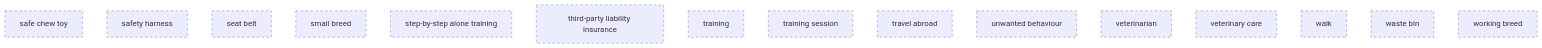
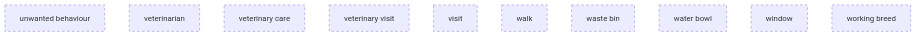
Diagram 11 of 44 in data/ontology-pets-and-house-rules/03_release/00_raw/level-3.md (belaboros/DomainAiAssistant), drawn with Mermaid before and after one commit. The commit also changed other lines of this file and 291 other files, not shown here.

````diff
--- a/data/ontology-pets-and-house-rules/03_release/00_raw/level-3.md
+++ b/data/ontology-pets-and-house-rules/03_release/00_raw/level-3.md
@@ -150,20 +234,15 @@
 ```mermaid
 flowchart TB
     classDef draft stroke-dasharray: 5 5
-    cn_01M82AK1Z9HNB4ZNT1JN5CCR6R["safe chew toy"]
-    cn_01M82AKNKGVB3WQ6AJ3QXNT526["safety harness"]
-    cn_01M82AKNKGVB3WQ6AJ3QXNT527["seat belt"]
-    cn_01M82AH1GXVV72WP99JQXMH6XP["small breed"]
-    cn_01M82AK1Z9HNB4ZNT1JN5CCR6T["step-by-step alone training"]
-    cn_01M82AM9P6EWS5D1VJCAH8Z7VA["third-party liability insurance"]
-    cn_01M82AC66KMJH32E2MQ3Z7ZBKQ["training"]
-    cn_01M82AJ8HWH90DHFSC2JB20DFX["training session"]
-    cn_01M82AKNKGVB3WQ6AJ3QXNT52B["travel abroad"]
     cn_01M82AHPS6SQKW9E9EPJYC3KMS["unwanted behaviour"]
     cn_01M82AE56ZYS5Y2Z0C35ECC9YB["veterinarian"]
     cn_01M82AC66KMJH32E2MQ3Z7ZBKR["veterinary care"]
+    cn_01M82AQDR2NPZDR8C737517K8A["veterinary visit"]
+    cn_01M82AX2AYWV44F1MEHFVJNNFZ["visit"]
     cn_01M82AFTZDSHCD0SK6T4N2YZWA["walk"]
     cn_01M82AH1GXVV72WP99JQXMH6XT["waste bin"]
+    cn_01M82ARW4GRHWZH2QAVQ4Z6C2W["water bowl"]
+    cn_01M82ARW4GRHWZH2QAVQ4Z6C2Y["window"]
     cn_01M82AH1GXVV72WP99JQXMH6XR["working breed"]
-    class cn_01M82AK1Z9HNB4ZNT1JN5CCR6R,cn_01M82AKNKGVB3WQ6AJ3QXNT526,cn_01M82AKNKGVB3WQ6AJ3QXNT527,cn_01M82AH1GXVV72WP99JQXMH6XP,cn_01M82AK1Z9HNB4ZNT1JN5CCR6T,cn_01M82AM9P6EWS5D1VJCAH8Z7VA,cn_01M82AC66KMJH32E2MQ3Z7ZBKQ,cn_01M82AJ8HWH90DHFSC2JB20DFX,cn_01M82AKNKGVB3WQ6AJ3QXNT52B,cn_01M82AHPS6SQKW9E9EPJYC3KMS,cn_01M82AE56ZYS5Y2Z0C35ECC9YB,cn_01M82AC66KMJH32E2MQ3Z7ZBKR,cn_01M82AFTZDSHCD0SK6T4N2YZWA,cn_01M82AH1GXVV72WP99JQXMH6XT,cn_01M82AH1GXVV72WP99JQXMH6XR draft
+    class cn_01M82AHPS6SQKW9E9EPJYC3KMS,cn_01M82AE56ZYS5Y2Z0C35ECC9YB,cn_01M82AC66KMJH32E2MQ3Z7ZBKR,cn_01M82AQDR2NPZDR8C737517K8A,cn_01M82AX2AYWV44F1MEHFVJNNFZ,cn_01M82AFTZDSHCD0SK6T4N2YZWA,cn_01M82AH1GXVV72WP99JQXMH6XT,cn_01M82ARW4GRHWZH2QAVQ4Z6C2W,cn_01M82ARW4GRHWZH2QAVQ4Z6C2Y,cn_01M82AH1GXVV72WP99JQXMH6XR draft
 ```
````
